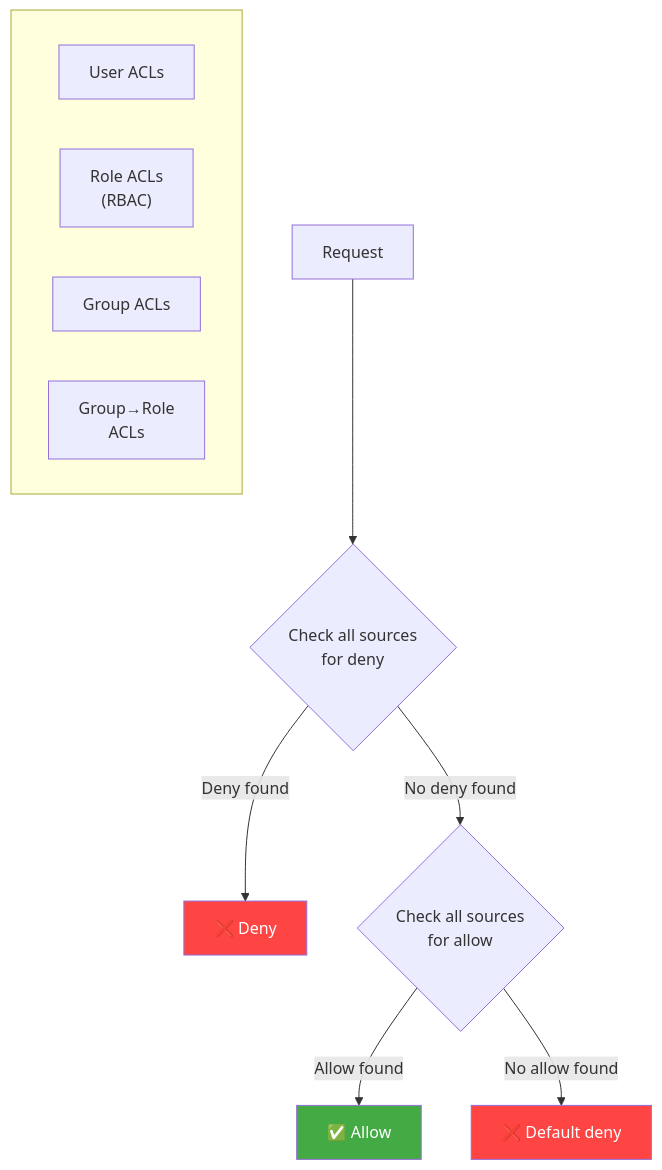
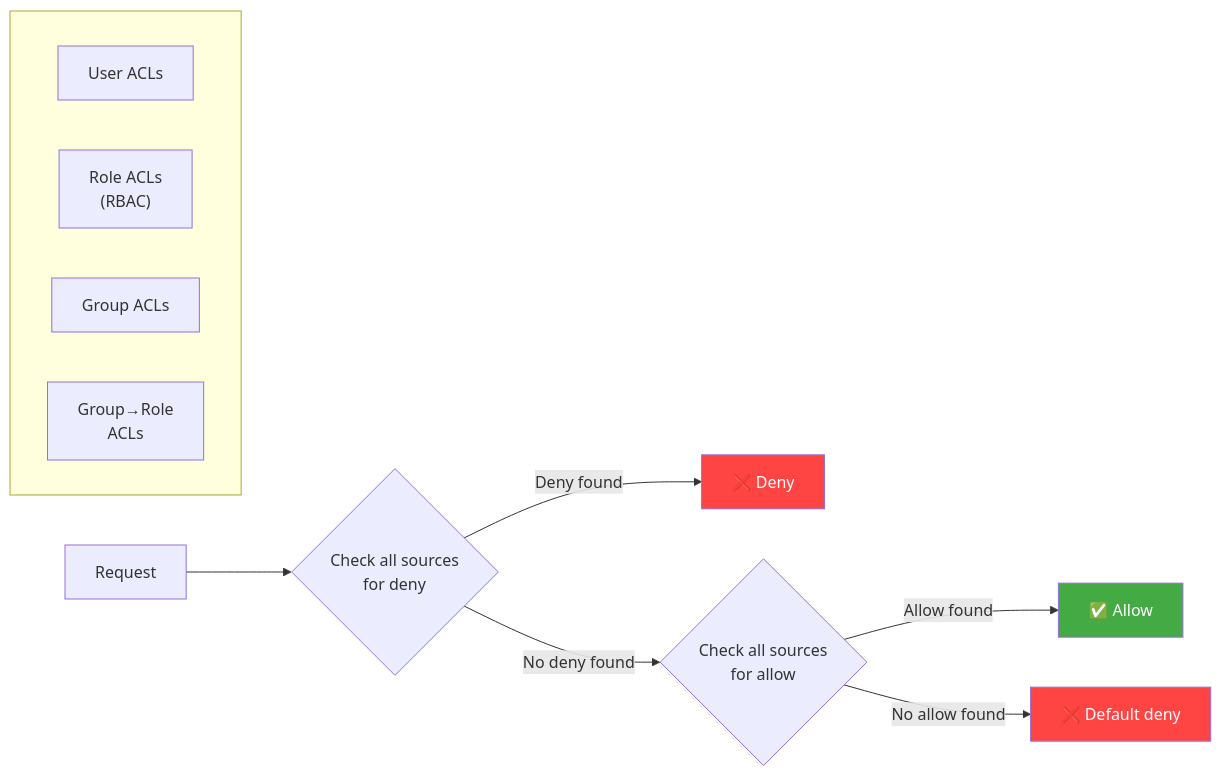
Before and after one commit to redpanda-data/docs: the diagram in modules/manage/partials/gbac-dp.adoc, drawn with Mermaid. The commit also changed other lines of this file, not shown here.

```diff
--- a/modules/manage/partials/gbac-dp.adoc
+++ b/modules/manage/partials/gbac-dp.adoc
@@ -37,23 +37,23 @@
 [mermaid]
 ....
-flowchart TD
+flowchart LR
     A[Request] --> B{"Check all sources\nfor deny"}
 
     B -- "Deny found" --> DENY["❌ Deny"]
     B -- "No deny found" --> C{"Check all sources\nfor allow"}
 
     C -- "Allow found" --> ALLOW["✅ Allow"]
     C -- "No allow found" --> DEFAULT["❌ Default deny"]
 
     style DENY fill:#f44,color:#fff
     style ALLOW fill:#4a4,color:#fff
     style DEFAULT fill:#f44,color:#fff
 
     subgraph sources [" "]
         direction LR
         S1["User ACLs"]
         S2["Role ACLs\n(RBAC)"]
         S3["Group ACLs"]
         S4["Group→Role\nACLs"]
     end
 ....
```
